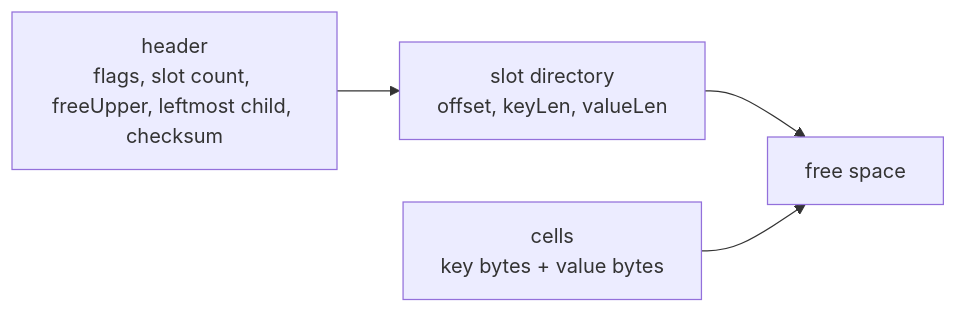
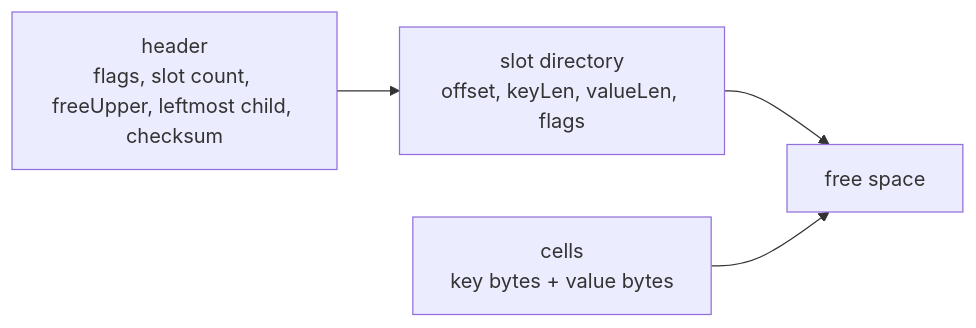
One commit to hadamrd/cow-btree-course changed the second of 6 diagrams in docs/06-page-backed-cow.md. Above: the diagram before and after it, drawn with Mermaid. The commit also changed other lines of this file and 13 other files, not shown here.

````diff
--- a/docs/06-page-backed-cow.md
+++ b/docs/06-page-backed-cow.md
@@ -29,6 +29,6 @@
 ```mermaid
 flowchart LR
-    H["header<br/>flags, slot count, freeUpper, leftmost child, checksum"] --> S["slot directory<br/>offset, keyLen, valueLen"]
+    H["header<br/>flags, slot count, freeUpper, leftmost child, checksum"] --> S["slot directory<br/>offset, keyLen, valueLen, flags"]
     S --> F["free space"]
     C["cells<br/>key bytes + value bytes"] --> F
 ```
````
